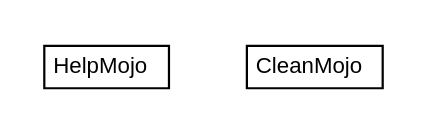
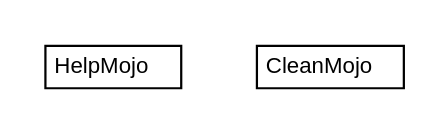
Before and after one commit to trajano/cleanpom-maven-plugin: the diagram in apidocs/net/trajano/mojo/cleanpom/net.trajano.mojo.cleanpom.dot, drawn with Graphviz. The commit also changed 82 other files, not shown here.

```diff
--- a/apidocs/net/trajano/mojo/cleanpom/net.trajano.mojo.cleanpom.dot
+++ b/apidocs/net/trajano/mojo/cleanpom/net.trajano.mojo.cleanpom.dot
@@ -1,24 +1,24 @@
 #!/usr/local/bin/dot
 #
 # Class diagram 
 # Generated by UMLGraph version R5_6-24-gf6e263 (http://www.umlgraph.org/)
 #
 
 digraph G {
-	edge [fontname="arial",fontsize=10,labelfontname="arial",labelfontsize=10];
-	node [fontname="arial",fontsize=10,shape=plaintext];
+	edge [fontname="Helvetica",fontsize=10,labelfontname="Helvetica",labelfontsize=10];
+	node [fontname="Helvetica",fontsize=10,shape=plaintext];
 	nodesep=0.25;
 	ranksep=0.5;
 	// net.trajano.mojo.cleanpom.HelpMojo
 	c0 [label=<<table title="net.trajano.mojo.cleanpom.HelpMojo" border="0" cellborder="1" cellspacing="0" cellpadding="2" port="p" href="./HelpMojo.html">
 		<tr><td><table border="0" cellspacing="0" cellpadding="1">
 <tr><td align="center" balign="center"> HelpMojo </td></tr>
 		</table></td></tr>
-		</table>>, URL="./HelpMojo.html", fontname="arial", fontcolor="black", fontsize=10.0];
+		</table>>, URL="./HelpMojo.html", fontname="Helvetica", fontcolor="black", fontsize=10.0];
 	// net.trajano.mojo.cleanpom.CleanMojo
 	c1 [label=<<table title="net.trajano.mojo.cleanpom.CleanMojo" border="0" cellborder="1" cellspacing="0" cellpadding="2" port="p" href="./CleanMojo.html">
 		<tr><td><table border="0" cellspacing="0" cellpadding="1">
 <tr><td align="center" balign="center"> CleanMojo </td></tr>
 		</table></td></tr>
-		</table>>, URL="./CleanMojo.html", fontname="arial", fontcolor="black", fontsize=10.0];
+		</table>>, URL="./CleanMojo.html", fontname="Helvetica", fontcolor="black", fontsize=10.0];
 }
```
